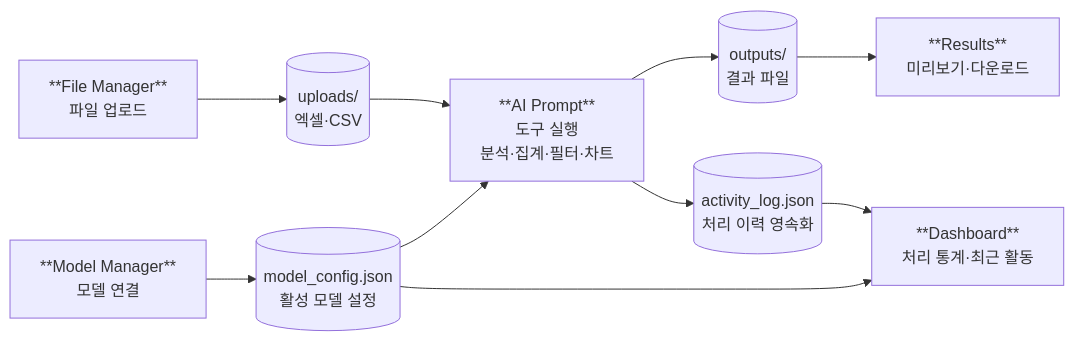
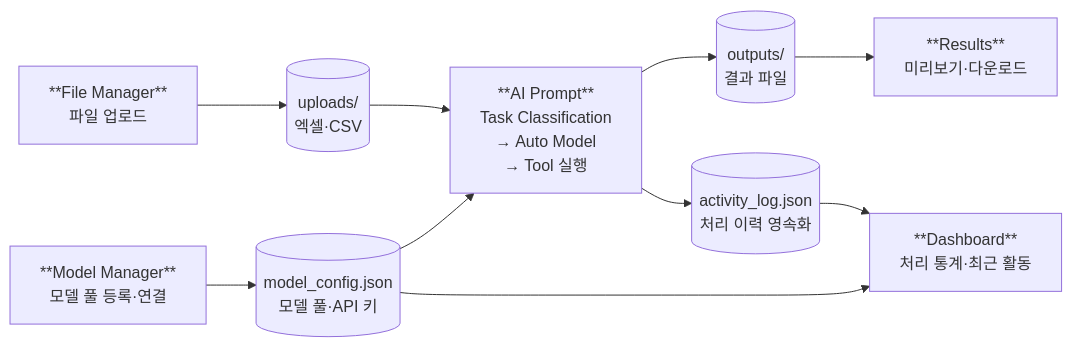
The fourth of 8 diagrams in README.md (sayoon01/excel-agent-studio), drawn with Mermaid before and after one commit. The commit also changed other lines of this file and 10 other files, not shown here.

First line of the commit message:
Add task-based auto model routing and platform polish.

````diff
--- a/README.md
+++ b/README.md
@@ -181,14 +334,14 @@
 ```mermaid
 flowchart LR
     FM["**File Manager**\n파일 업로드"] --> UP[("uploads/\n엑셀·CSV")]
-    UP --> AI["**AI Prompt**\n도구 실행\n분석·집계·필터·차트"]
+    UP --> AI["**AI Prompt**\nTask Classification\n→ Auto Model\n→ Tool 실행"]
     AI --> OUT[("outputs/\n결과 파일")]
     OUT --> RS["**Results**\n미리보기·다운로드"]
 
     AI --> LOG[("activity_log.json\n처리 이력 영속화")]
     LOG --> DB["**Dashboard**\n처리 통계·최근 활동"]
 
-    MM["**Model Manager**\n모델 연결"] --> CFG[("model_config.json\n활성 모델 설정")]
+    MM["**Model Manager**\n모델 풀 등록·연결"] --> CFG[("model_config.json\n모델 풀·API 키")]
     CFG --> AI
     CFG --> DB
 ```
````
